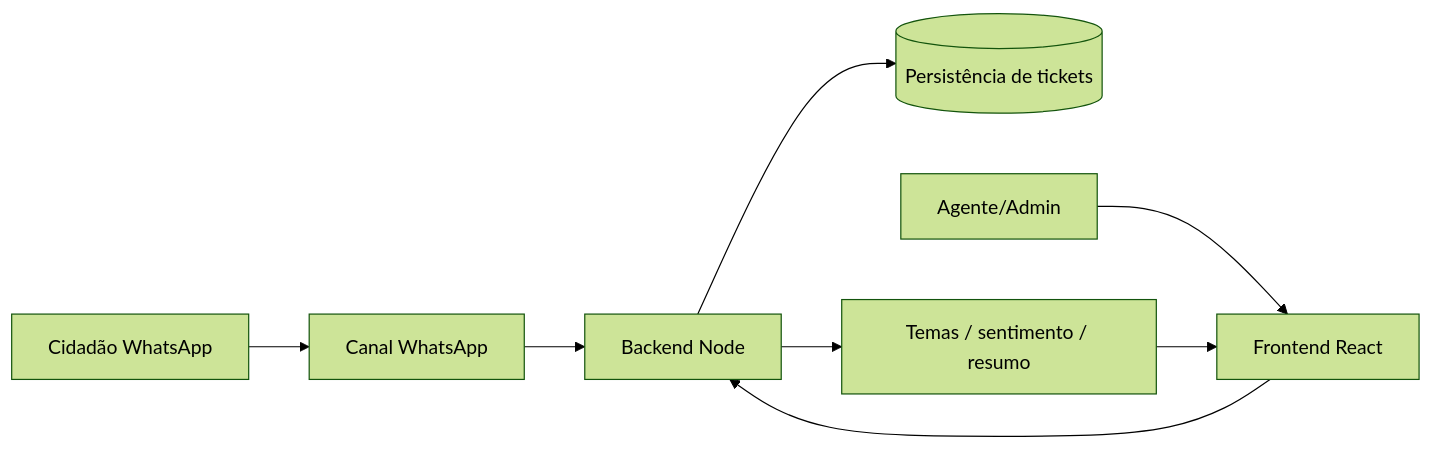
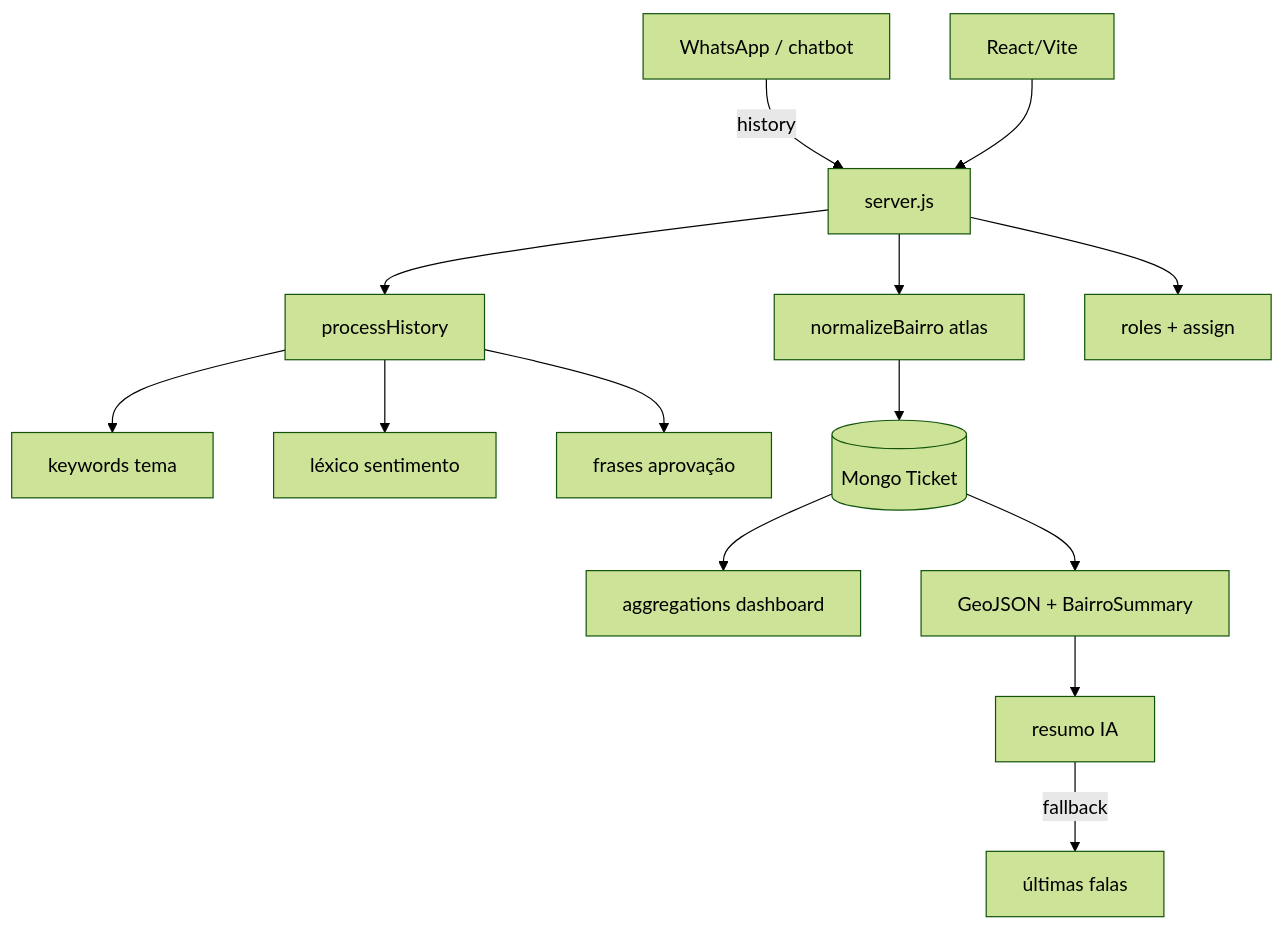
Before and after one commit to BR-Oleg/portfolio: the diagram in architecture/atendpolitiq.md, drawn with Mermaid (forest theme). The commit also changed other lines of this file and 17 other files, not shown here.

````diff
--- a/architecture/atendpolitiq.md
+++ b/architecture/atendpolitiq.md
@@ -3,10 +3,16 @@
 ```mermaid
-flowchart LR
-  Citizen[Cidadão WhatsApp] --> WA[Canal WhatsApp]
-  WA --> API[Backend Node]
-  API --> DB[(Persistência de tickets)]
-  Agent[Agente/Admin] --> UI[Frontend React]
-  UI --> API
-  API --> Intel[Temas / sentimento / resumo]
-  Intel --> UI
+flowchart TB
+  WA[WhatsApp / chatbot] -->|history| API[server.js]
+  API --> Parse[processHistory]
+  Parse --> Topic[keywords tema]
+  Parse --> Sent[léxico sentimento]
+  Parse --> Appr[frases aprovação]
+  API --> Norm[normalizeBairro atlas]
+  Norm --> DB[(Mongo Ticket)]
+  DB --> Agg[aggregations dashboard]
+  DB --> Map[GeoJSON + BairroSummary]
+  Map --> OpenAI[resumo IA]
+  OpenAI -->|fallback| Local[últimas falas]
+  UI[React/Vite] --> API
+  API --> RBAC[roles + assign]
 ```
````
